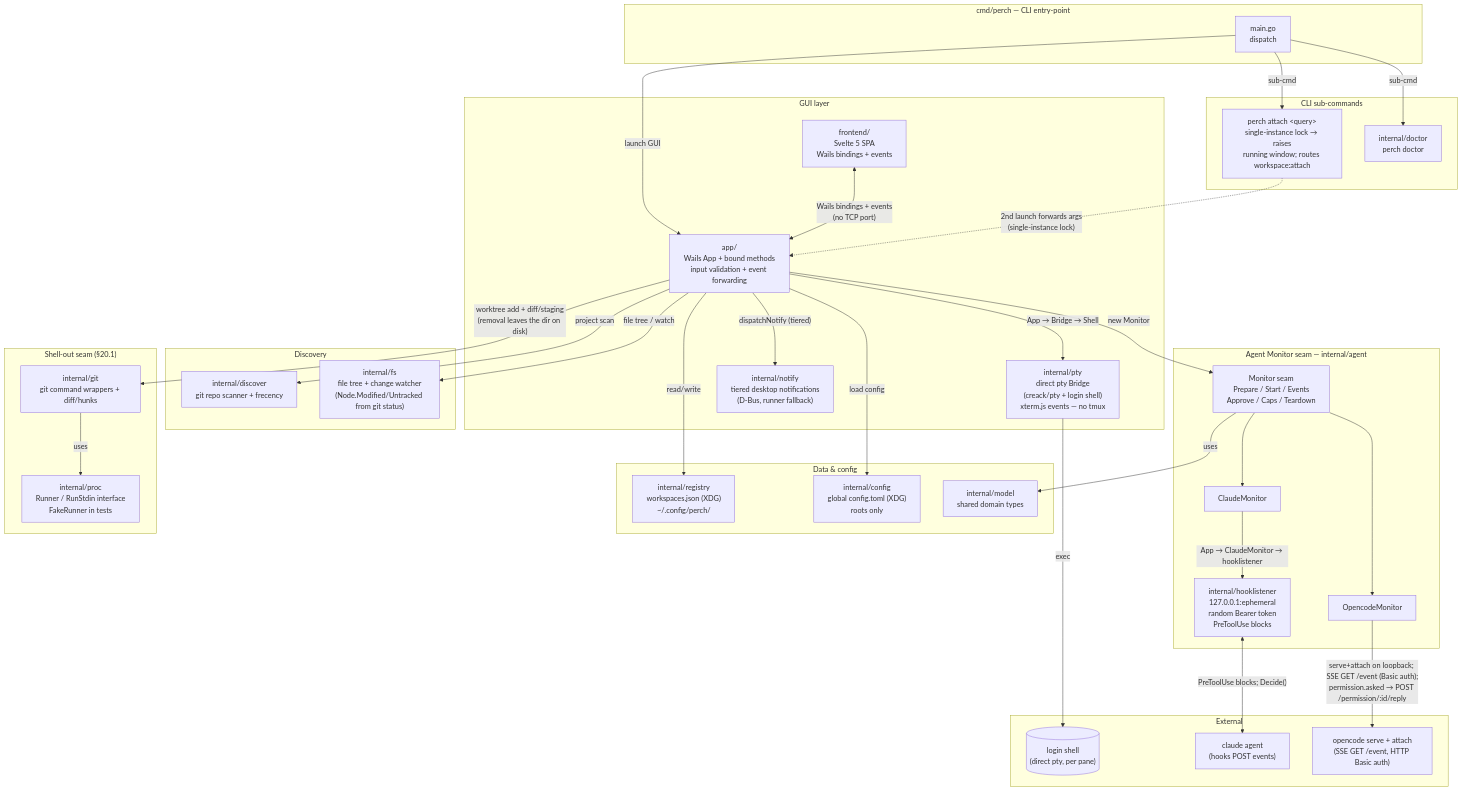
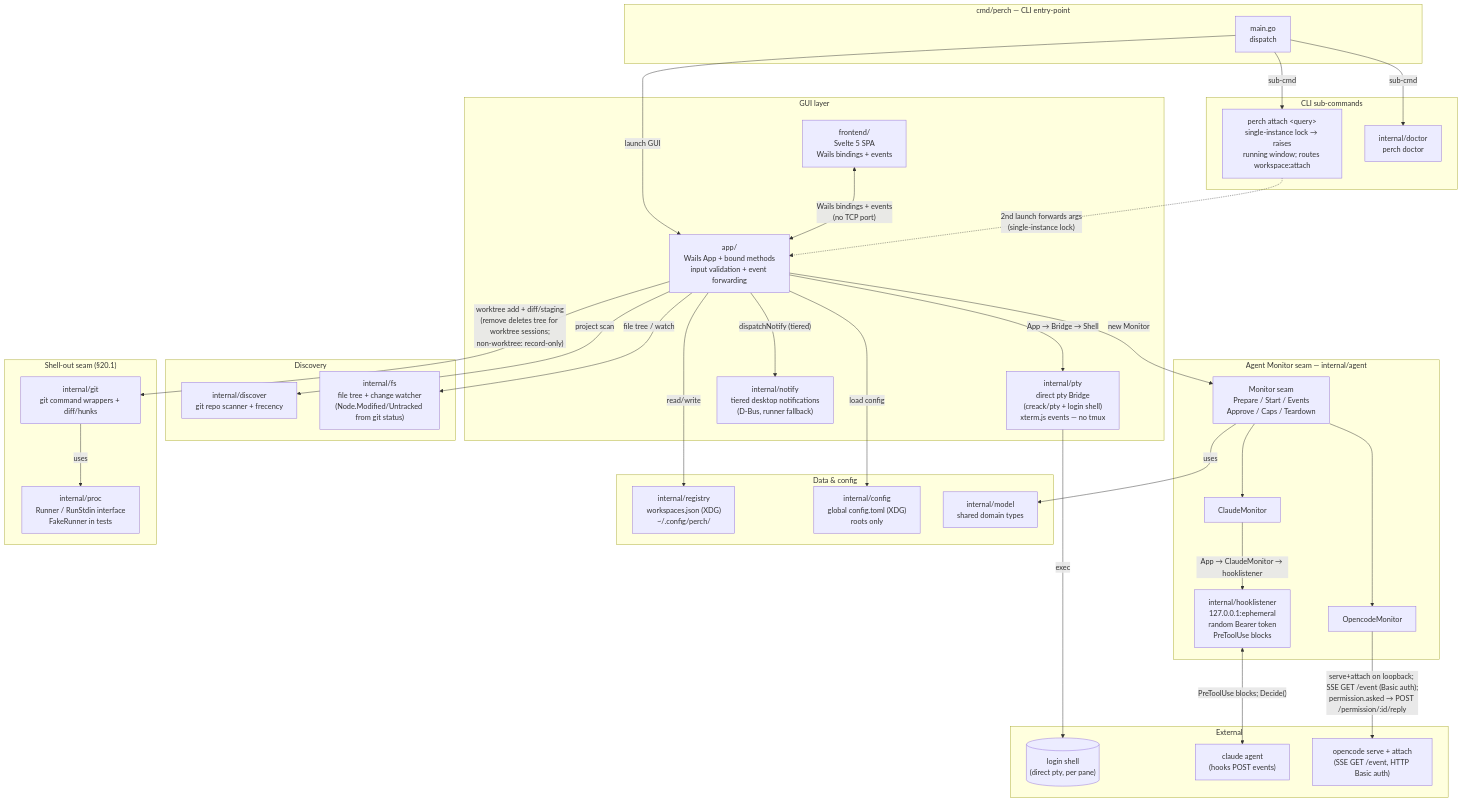
One commit to miniature-pug/perch changed the diagram in docs/diagrams/architecture.mmd. Above: the diagram before and after it, drawn with Mermaid. The commit also changed 6 other files, not shown here.

First line of the commit message:
docs: sync for Phase 3/4 — removal/cleanup, stale sessions, resume preview, home shell

```diff
--- a/docs/diagrams/architecture.mmd
+++ b/docs/diagrams/architecture.mmd
@@ -1,72 +1,72 @@
 flowchart TD
     subgraph CLI["cmd/perch — CLI entry-point"]
         main["main.go\ndispatch"]
     end
 
     subgraph GUILayer["GUI layer"]
         apppkg["app/\nWails App + bound methods\ninput validation + event forwarding"]
         pty["internal/pty\ndirect pty Bridge\n(creack/pty + login shell)\nxterm.js events — no tmux"]
         notify["internal/notify\ntiered desktop notifications\n(D-Bus, runner fallback)"]
         frontend["frontend/\nSvelte 5 SPA\nWails bindings + events"]
     end
 
     subgraph Agents["Agent Monitor seam — internal/agent"]
         monitor["Monitor seam\nPrepare / Start / Events\nApprove / Caps / Teardown"]
         claudemon["ClaudeMonitor"]
         opencodemon["OpencodeMonitor"]
         hooklistener["internal/hooklistener\n127.0.0.1:ephemeral\nrandom Bearer token\nPreToolUse blocks"]
     end
 
     subgraph CLIFlows["CLI sub-commands"]
         attach["perch attach &lt;query&gt;\nsingle-instance lock → raises\nrunning window; routes workspace:attach"]
         doctor["internal/doctor\nperch doctor"]
     end
 
     subgraph DataLayer["Data & config"]
         registry["internal/registry\nworkspaces.json (XDG)\n~/.config/perch/"]
         config["internal/config\nglobal config.toml (XDG)\nroots only"]
         model["internal/model\nshared domain types"]
     end
 
     subgraph Discovery["Discovery"]
         discover["internal/discover\ngit repo scanner + frecency"]
         fs["internal/fs\nfile tree + change watcher\n(Node.Modified/Untracked from git status)"]
     end
 
     subgraph ShellSeam["Shell-out seam (§20.1)"]
         proc["internal/proc\nRunner / RunStdin interface\nFakeRunner in tests"]
         git["internal/git\ngit command wrappers + diff/hunks"]
     end
 
     subgraph External["External"]
         shell[("login shell\n(direct pty, per pane)")]
         claudeagent["claude agent\n(hooks POST events)"]
         opencodeagent["opencode serve + attach\n(SSE GET /event, HTTP Basic auth)"]
     end
 
     main -->|"launch GUI"| apppkg
     main -->|"sub-cmd"| attach
     main -->|"sub-cmd"| doctor
 
     frontend <-->|"Wails bindings + events\n(no TCP port)"| apppkg
     apppkg -->|"App → Bridge → Shell"| pty
     apppkg -->|"dispatchNotify (tiered)"| notify
     apppkg -->|"new Monitor"| monitor
     apppkg -->|"read/write"| registry
     apppkg -->|"load config"| config
-    apppkg -->|"worktree add + diff/staging\n(removal leaves the dir on disk)"| git
+    apppkg -->|"worktree add + diff/staging\n(remove deletes tree for worktree sessions;\nnon-worktree: record-only)"| git
     apppkg -->|"file tree / watch"| fs
     apppkg -->|"project scan"| discover
 
     pty -->|"exec"| shell
 
     monitor --> claudemon
     monitor --> opencodemon
     claudemon -->|"App → ClaudeMonitor → hooklistener"| hooklistener
     hooklistener <-->|"PreToolUse blocks; Decide()"| claudeagent
     opencodemon -->|"serve+attach on loopback; SSE GET /event (Basic auth);\npermission.asked → POST /permission/:id/reply"| opencodeagent
 
     attach -.->|"2nd launch forwards args\n(single-instance lock)"| apppkg
 
     git -->|"uses"| proc
     monitor -->|"uses"| model
```
